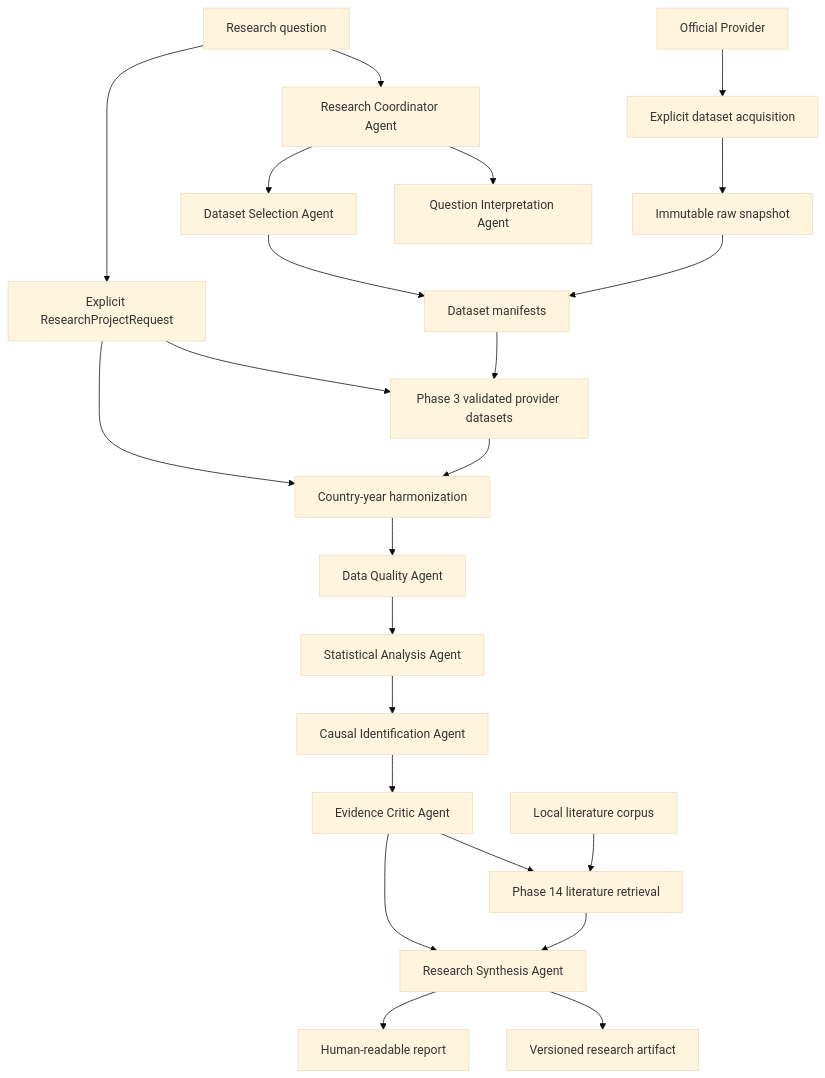
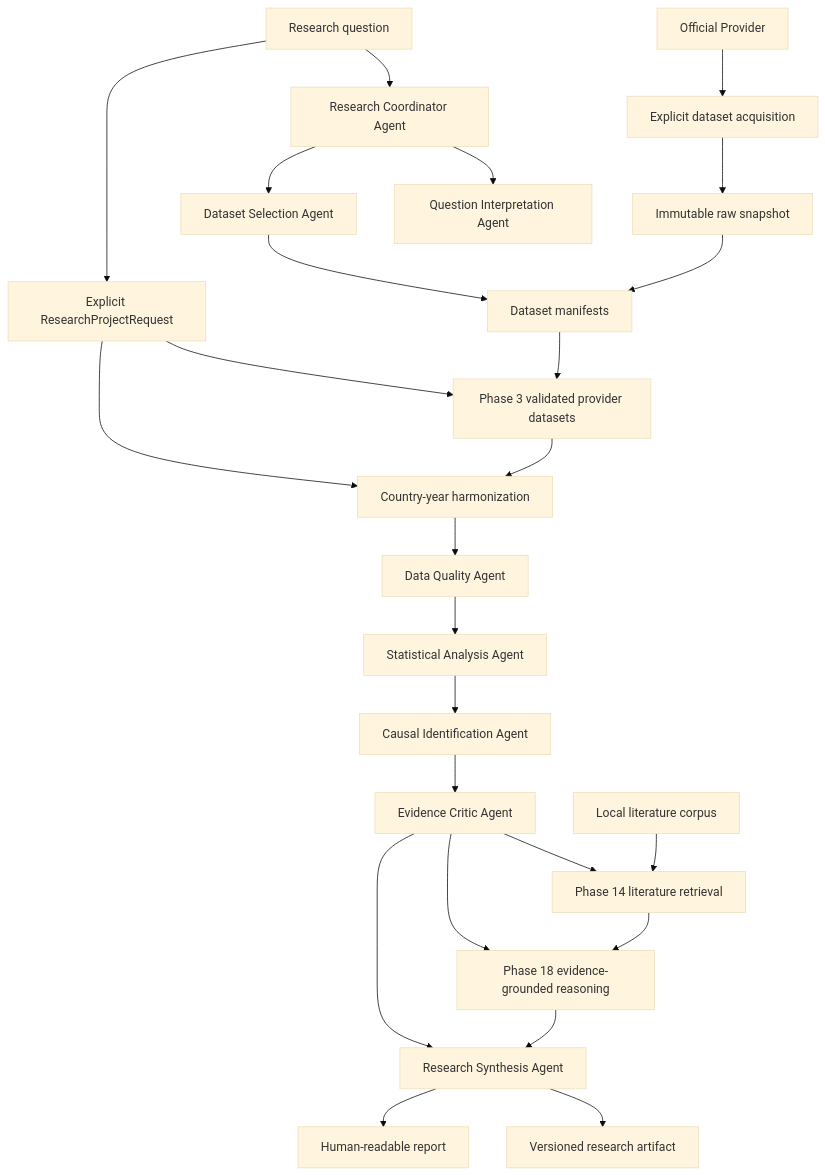
Before and after one commit to HasaanNoor/polaris: the diagram in docs/architecture/system-overview.md, drawn with Mermaid (base theme). The commit also changed other lines of this file and 39 other files, not shown here.

Commit message:
implemented phase 18: added structured evidence-grounded reasoning

````diff
--- a/docs/architecture/system-overview.md
+++ b/docs/architecture/system-overview.md
@@ -18,25 +18,27 @@
 ```mermaid
 flowchart TD
   Q[Research question] --> C[Research Coordinator Agent]
   C --> I[Question Interpretation Agent]
   C --> D[Dataset Selection Agent]
   D --> M[Dataset manifests]
   P[Official Provider] --> DL[Explicit dataset acquisition]
   DL --> R[Immutable raw snapshot]
   R --> M
   M --> ING[Phase 3 validated provider datasets]
   ING --> H[Country-year harmonization]
   Q --> P13[Explicit ResearchProjectRequest]
   P13 --> ING
   P13 --> H
   H --> QL[Data Quality Agent]
   QL --> A[Statistical Analysis Agent]
   A --> CI[Causal Identification Agent]
   CI --> EC[Evidence Critic Agent]
   LC[Local literature corpus] --> LR[Phase 14 literature retrieval]
   EC --> LR
-  LR --> S
+  LR --> R18[Phase 18 evidence-grounded reasoning]
+  EC --> R18
+  R18 --> S
   EC --> S[Research Synthesis Agent]
   S --> ART[Versioned research artifact]
   S --> REP[Human-readable report]
 ```
````
